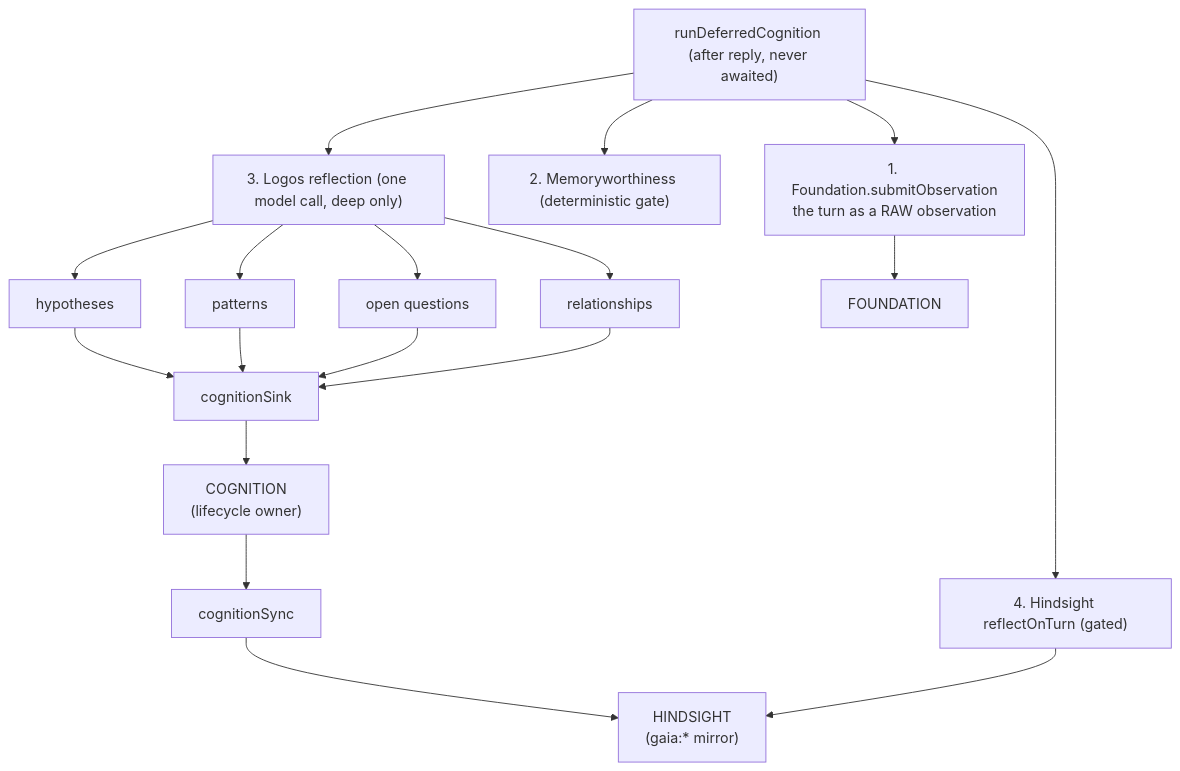
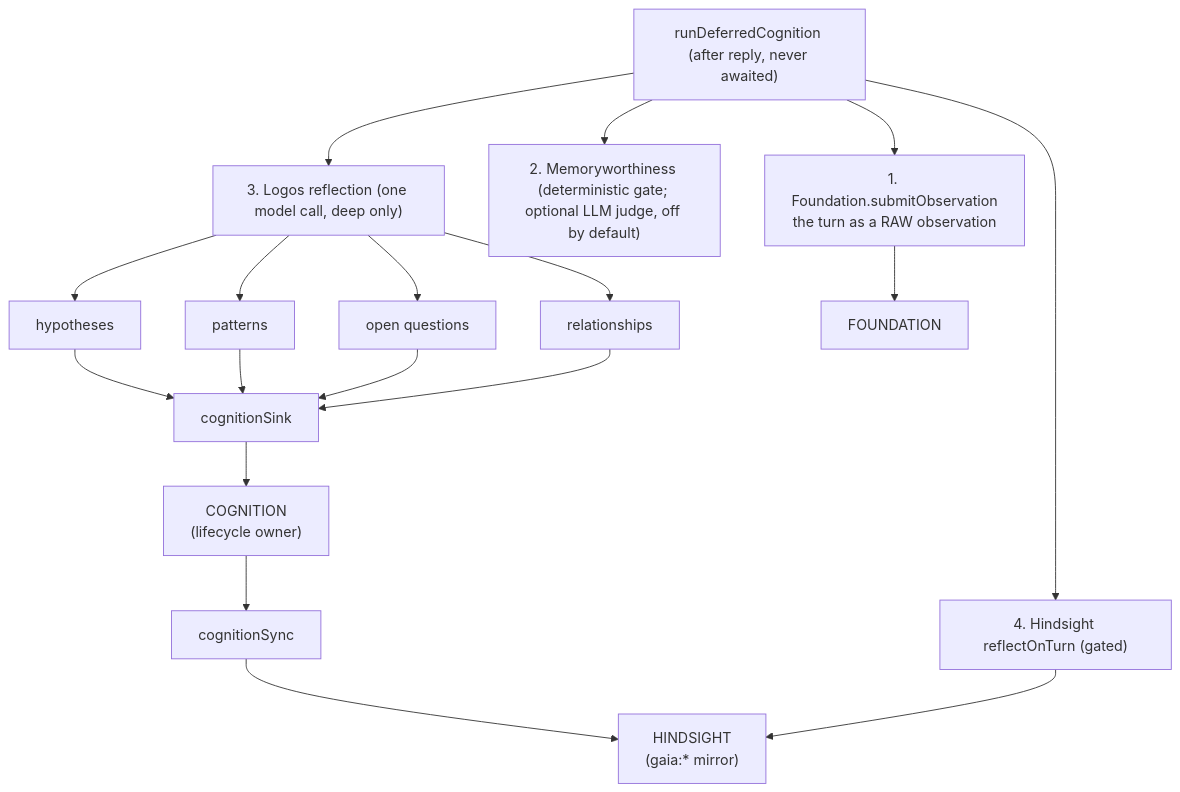
The third of 6 diagrams in docs/architecture-graph.md (Bojanni050/Gaia-Cloud), drawn with Mermaid before and after one commit. The commit also changed 15 other files, not shown here.

First line of the commit message:
Memoryworthiness: optional LLM judge behind MEMORY_WORTHINESS_MODE (heuristic|shadow|llm)

````diff
--- a/docs/architecture-graph.md
+++ b/docs/architecture-graph.md
@@ -66,17 +66,17 @@
 ```mermaid
 flowchart TB
     D["runDeferredCognition (after reply, never awaited)"]
     D --> S1["1. Foundation.submitObservation<br/>the turn as a RAW observation"]
-    D --> S2["2. Memoryworthiness (deterministic gate)"]
+    D --> S2["2. Memoryworthiness (deterministic gate; optional LLM judge, off by default)"]
     D --> S3["3. Logos reflection (one model call, deep only)"]
     D --> S4["4. Hindsight reflectOnTurn (gated)"]
 
     S3 --> K1["hypotheses"]
     S3 --> K2["patterns"]
     S3 --> K3["open questions"]
     S3 --> K4["relationships"]
     K1 & K2 & K3 & K4 --> SINK["cognitionSink"] --> COG["COGNITION<br/>(lifecycle owner)"]
     COG --> SYNC["cognitionSync"] --> HS["HINDSIGHT<br/>(gaia:* mirror)"]
     S1 --> FND["FOUNDATION"]
     S4 --> HS
 ```
````
